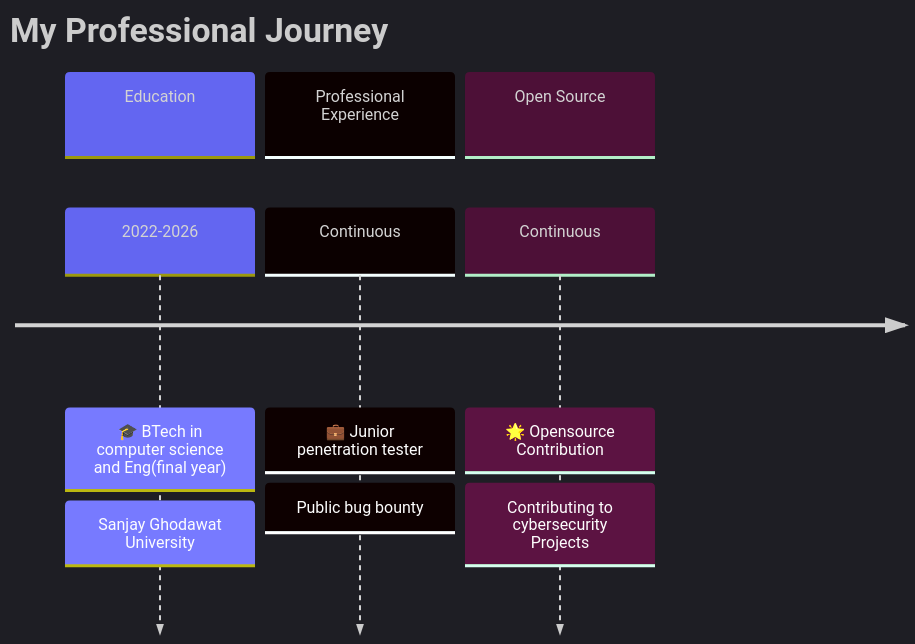
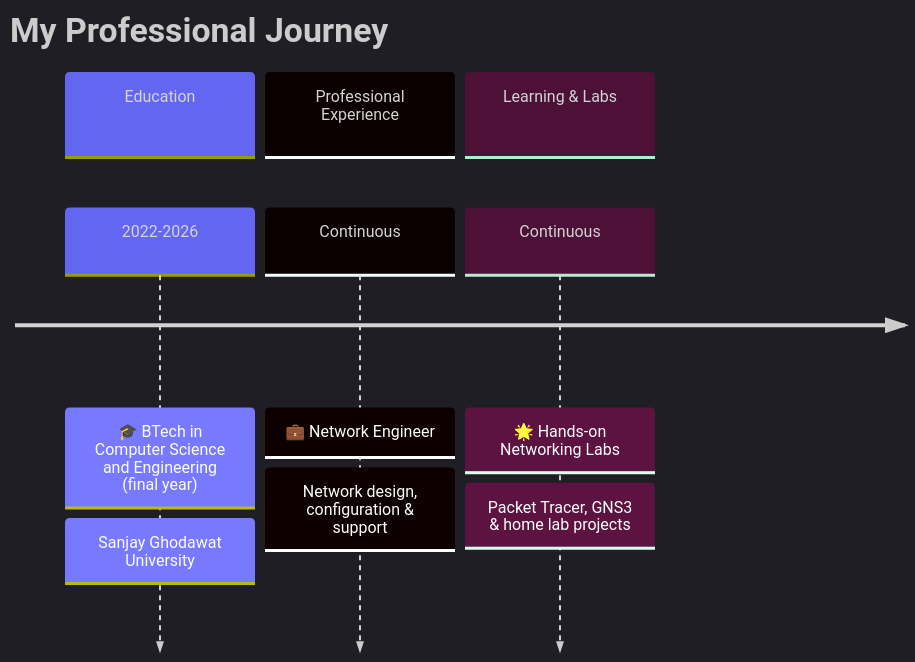
The diagram in README.md (veetaragpatil/veetaragpatil), drawn with Mermaid before and after one commit. The commit also changed other lines of this file, not shown here.

````diff
--- a/README.md
+++ b/README.md
@@ -45,14 +45,14 @@
 ```mermaid
 %%{init: {'theme':'dark', 'themeVariables': {'primaryColor':'#6366F1','primaryTextColor':'#fff','primaryBorderColor':'#818CF8','lineColor':'#A5B4FC','secondaryColor':'#4F46E5','tertiaryColor':'#312E81'}}}%%
 timeline
     title My Professional Journey
     section Education
-        2022-2026 : 🎓 BTech in computer science and Eng(final year)
+        2022-2026 : 🎓 BTech in Computer Science and Engineering (final year)
                   : Sanjay Ghodawat University
     section Professional Experience
-        Continuous : 💼 Junior penetration tester
-                  : Public bug bounty
-    section Open Source
-        Continuous : 🌟 Opensource Contribution
-             : Contributing to cybersecurity Projects
+        Continuous : 💼 Network Engineer
+                   : Network design, configuration & support
+    section Learning & Labs
+        Continuous : 🌟 Hands-on Networking Labs
+                   : Packet Tracer, GNS3 & home lab projects
 ```
````
